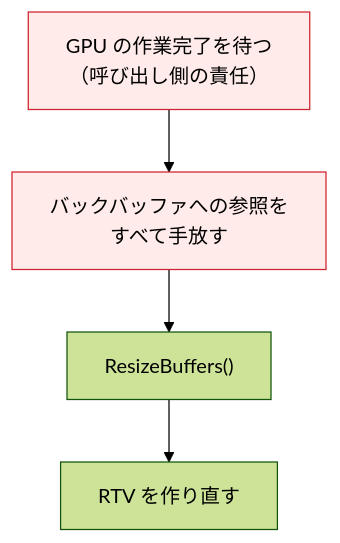
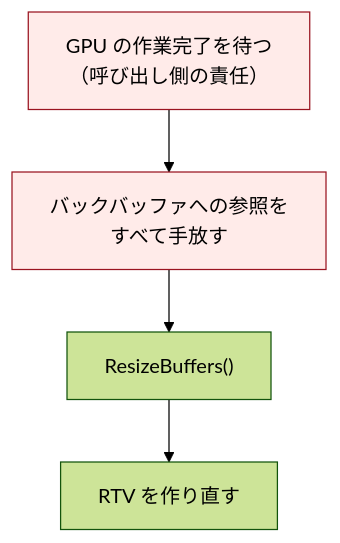
The diagram in docs/tutorial/04_画面に出す仕組み.md (Tomonorarari-Think/DirectX12Dev), drawn with Mermaid (forest theme) before and after one commit. The commit also changed 24 other files, not shown here.

First line of the commit message:
fix: 図の配色を見直し、コントラスト比を 7:1 以上に引き上げる

````diff
--- a/docs/tutorial/04_画面に出す仕組み.md
+++ b/docs/tutorial/04_画面に出す仕組み.md
@@ -199,9 +199,9 @@
 ```mermaid
 flowchart TD
     A["GPU の作業完了を待つ<br/>（呼び出し側の責任）"] --> B["バックバッファへの参照を<br/>すべて手放す"]
     B --> C["ResizeBuffers()"]
     C --> D["RTV を作り直す"]
 
-    style A fill:#ffebe9,stroke:#cf222e
-    style B fill:#ffebe9,stroke:#cf222e
+    style A fill:#ffebe9,stroke:#9a1420
+    style B fill:#ffebe9,stroke:#9a1420
 ```
````
